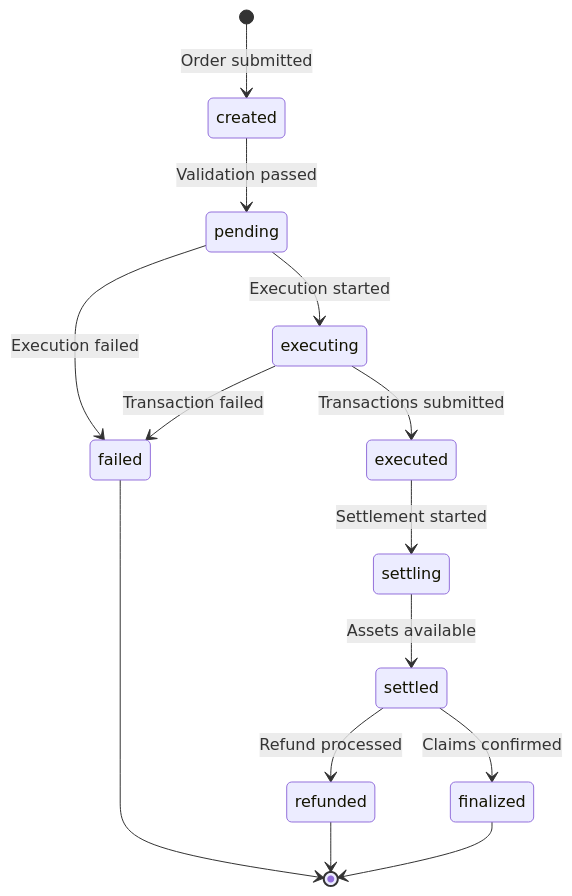
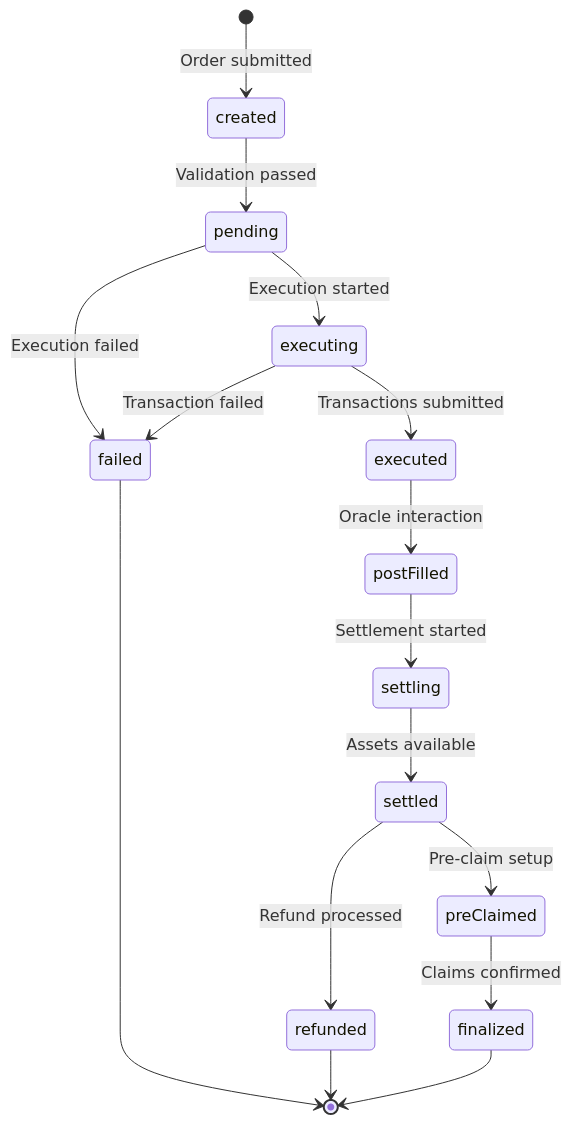
Before and after one commit to openintentsframework/oif-docs: the diagram in content/docs/apis/order-api.mdx, drawn with Mermaid. The commit also changed other lines of this file, not shown here.

````diff
--- a/content/docs/apis/order-api.mdx
+++ b/content/docs/apis/order-api.mdx
@@ -160,18 +160,20 @@
 ```mermaid
 stateDiagram-v2
     [*] --> created: Order submitted
     created --> pending: Validation passed
     pending --> executing: Execution started
     executing --> executed: Transactions submitted
-    executed --> settling: Settlement started
+    executed --> postFilled: Oracle interaction
+    postFilled --> settling: Settlement started
     settling --> settled: Assets available
-    settled --> finalized: Claims confirmed
+    settled --> preClaimed: Pre-claim setup
+    preClaimed --> finalized: Claims confirmed
 
     pending --> failed: Execution failed
     executing --> failed: Transaction failed
     settled --> refunded: Refund processed
 
     failed --> [*]
     refunded --> [*]
     finalized --> [*]
 ```
````
